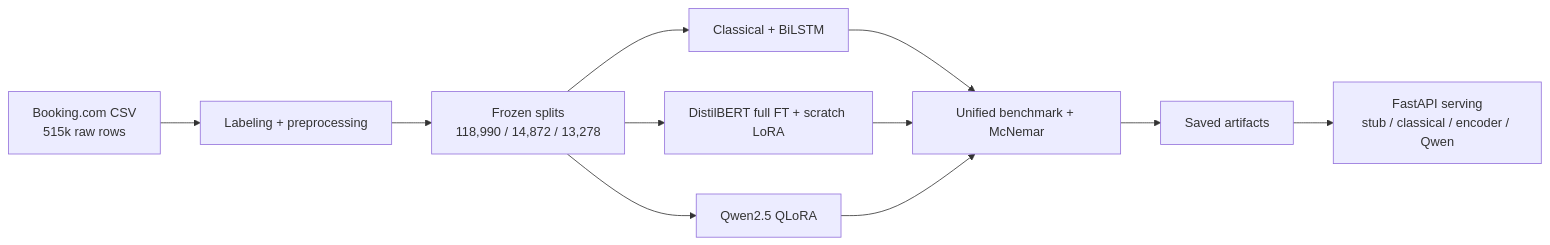
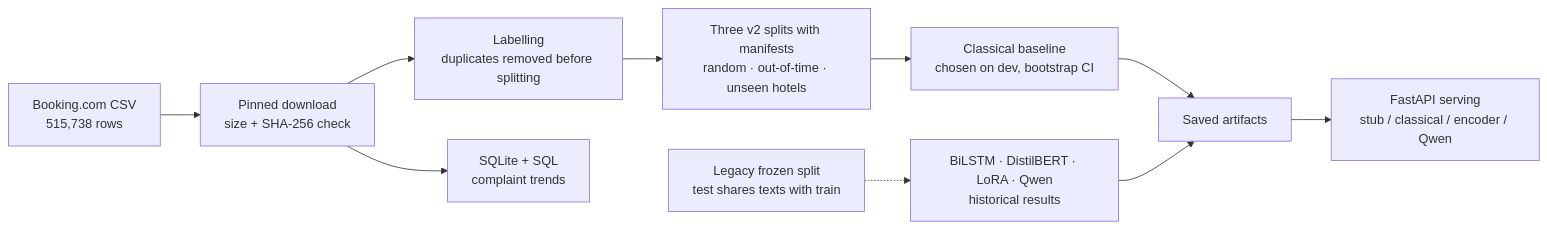
The diagram in README.md (krimits/hotel-review-nlp), drawn with Mermaid before and after one commit. The commit also changed other lines of this file, not shown here.

First line of the commit message:
Bring the whole README up to date with the clean splits and phase 1

````diff
--- a/README.md
+++ b/README.md
@@ -352,11 +354,11 @@
 ```mermaid
 flowchart LR
-    A[Booking.com CSV<br/>515k raw rows] --> B[Labeling + preprocessing]
-    B --> C[Frozen splits<br/>118,990 / 14,872 / 13,278]
-    C --> D[Classical + BiLSTM]
-    C --> E[DistilBERT full FT + scratch LoRA]
-    C --> F[Qwen2.5 QLoRA]
-    D & E & F --> G[Unified benchmark + McNemar]
-    G --> H[Saved artifacts]
+    A[Booking.com CSV<br/>515,738 rows] --> V[Pinned download<br/>size + SHA-256 check]
+    V --> B[Labelling<br/>duplicates removed before splitting]
+    B --> C[Three v2 splits with manifests<br/>random · out-of-time · unseen hotels]
+    C --> D[Classical baseline<br/>chosen on dev, bootstrap CI]
+    V --> S[SQLite + SQL<br/>complaint trends]
+    L[Legacy frozen split<br/>test shares texts with train] -.-> E[BiLSTM · DistilBERT · LoRA · Qwen<br/>historical results]
+    D & E --> H[Saved artifacts]
     H --> I[FastAPI serving<br/>stub / classical / encoder / Qwen]
 ```
````
